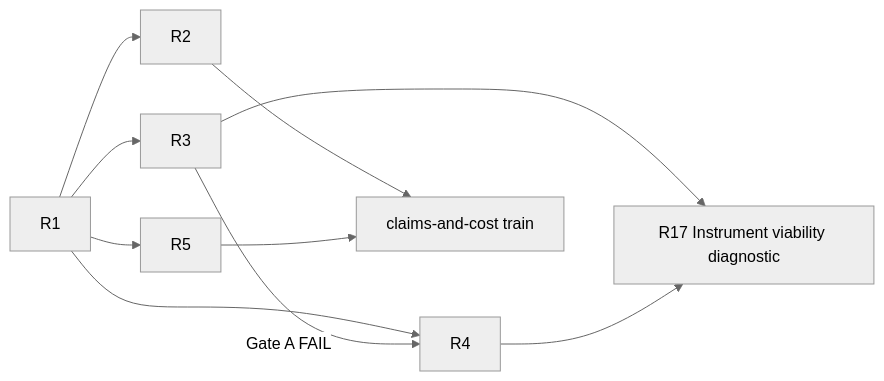
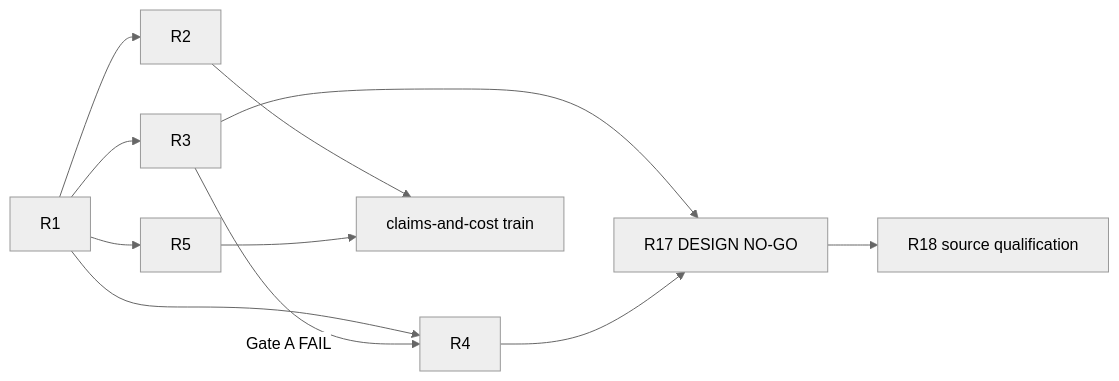
Before and after one commit to Mathews-Tom/archex: the second of 3 diagrams in .docs/DEVELOPMENT_PLAN.md, drawn with Mermaid (neutral theme). The commit also changed other lines of this file and 1 other file, not shown here.

Commit message:
docs(plan): add R18 candidate qualification gate (#611)

````diff
--- a/.docs/DEVELOPMENT_PLAN.md
+++ b/.docs/DEVELOPMENT_PLAN.md
@@ -445,12 +461,13 @@
 ```mermaid
 graph LR
   R1 --> R2
   R1 --> R3
   R1 --> R4
   R1 --> R5
   R3 -->|Gate A FAIL| R4
   R3 --> R17
-  R4 --> R17[R17 Instrument viability diagnostic]
+  R4 --> R17[R17 DESIGN NO-GO]
+  R17 --> R18[R18 source qualification]
   R2 --> T[claims-and-cost train]
   R5 --> T
 ```
````
